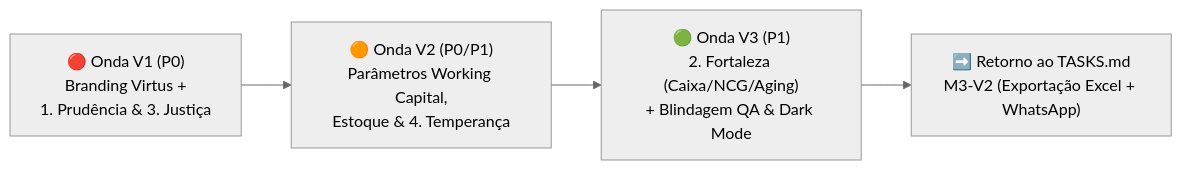
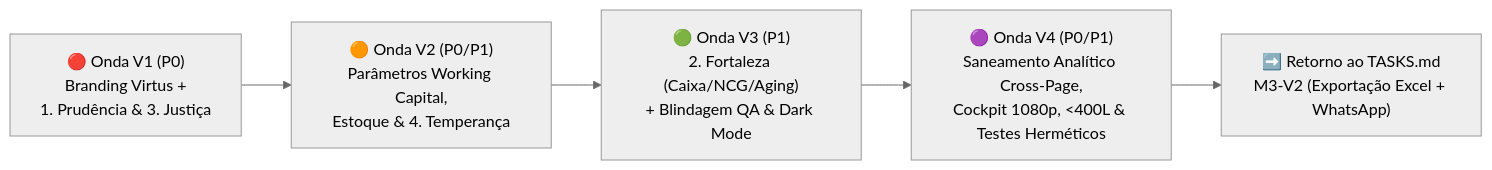
Before and after one commit to DemetrioFim/kyberna: the diagram in TASKS_REFACTORY.md, drawn with Mermaid (neutral theme). The commit also changed other lines of this file and 33 other files, not shown here.

````diff
--- a/TASKS_REFACTORY.md
+++ b/TASKS_REFACTORY.md
@@ -22,6 +22,7 @@
 ```mermaid
 flowchart LR
     V1["🔴 Onda V1 (P0)<br/>Branding Virtus +<br/>1. Prudência & 3. Justiça"] --> V2["🟠 Onda V2 (P0/P1)<br/>Parâmetros Working Capital,<br/>Estoque & 4. Temperança"]
     V2 --> V3["🟢 Onda V3 (P1)<br/>2. Fortaleza (Caixa/NCG/Aging)<br/>+ Blindagem QA & Dark Mode"]
-    V3 --> M3V2["➡️ Retorno ao TASKS.md<br/>M3-V2 (Exportação Excel + WhatsApp)"]
+    V3 --> V4["🟣 Onda V4 (P0/P1)<br/>Saneamento Analítico Cross-Page,<br/>Cockpit 1080p, <400L & Testes Herméticos"]
+    V4 --> M3V2["➡️ Retorno ao TASKS.md<br/>M3-V2 (Exportação Excel + WhatsApp)"]
 ```
````
